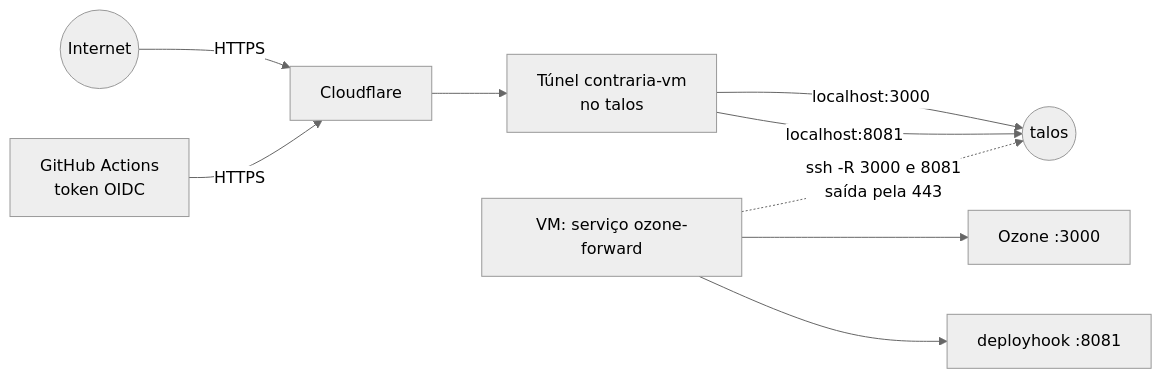
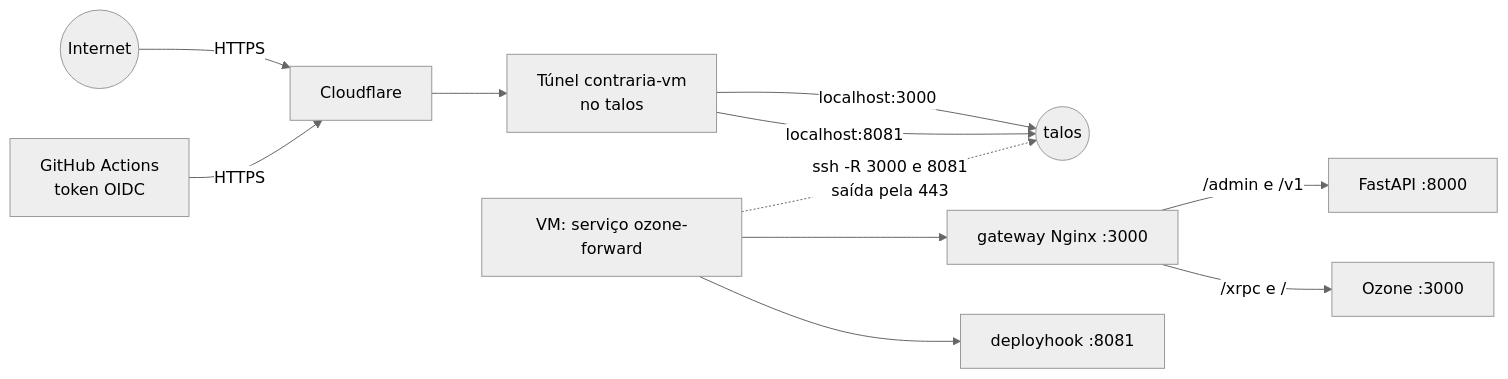
Before and after one commit to moonshinerd/ContrarIA: the diagram in docs/arquitetura/operacao-vm.md, drawn with Mermaid (neutral theme). The commit also changed other lines of this file and 16 other files, not shown here.

Commit message:
feat(api): endpoints administrativos read-only, persistência de logs e gateway nginx

````diff
--- a/docs/arquitetura/operacao-vm.md
+++ b/docs/arquitetura/operacao-vm.md
@@ -24,11 +24,13 @@
 ```mermaid
 flowchart LR
     I((Internet)) -->|HTTPS| CF[Cloudflare]
     GH[GitHub Actions<br/>token OIDC] -->|HTTPS| CF
     CF --> T[Túnel contraria-vm<br/>no talos]
     T -->|localhost:3000| R1((talos))
     T -->|localhost:8081| R1
     VM[VM: serviço ozone-forward] -. ssh -R 3000 e 8081<br/>saída pela 443 .-> R1
-    VM --> OZ[Ozone :3000]
+    VM --> GW[gateway Nginx :3000]
+    GW -->|/admin e /v1| API[FastAPI :8000]
+    GW -->|/xrpc e /| OZ[Ozone :3000]
     VM --> DH[deployhook :8081]
 ```
````
